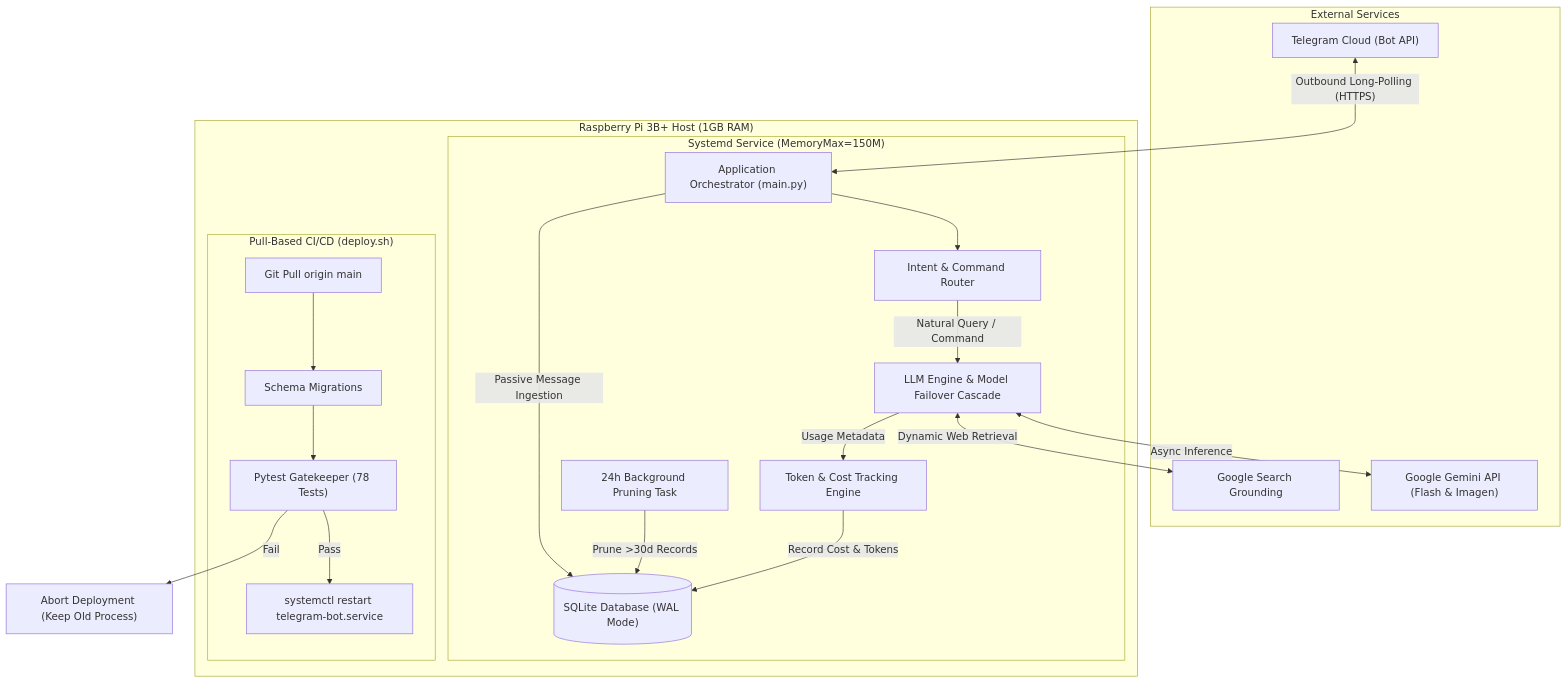
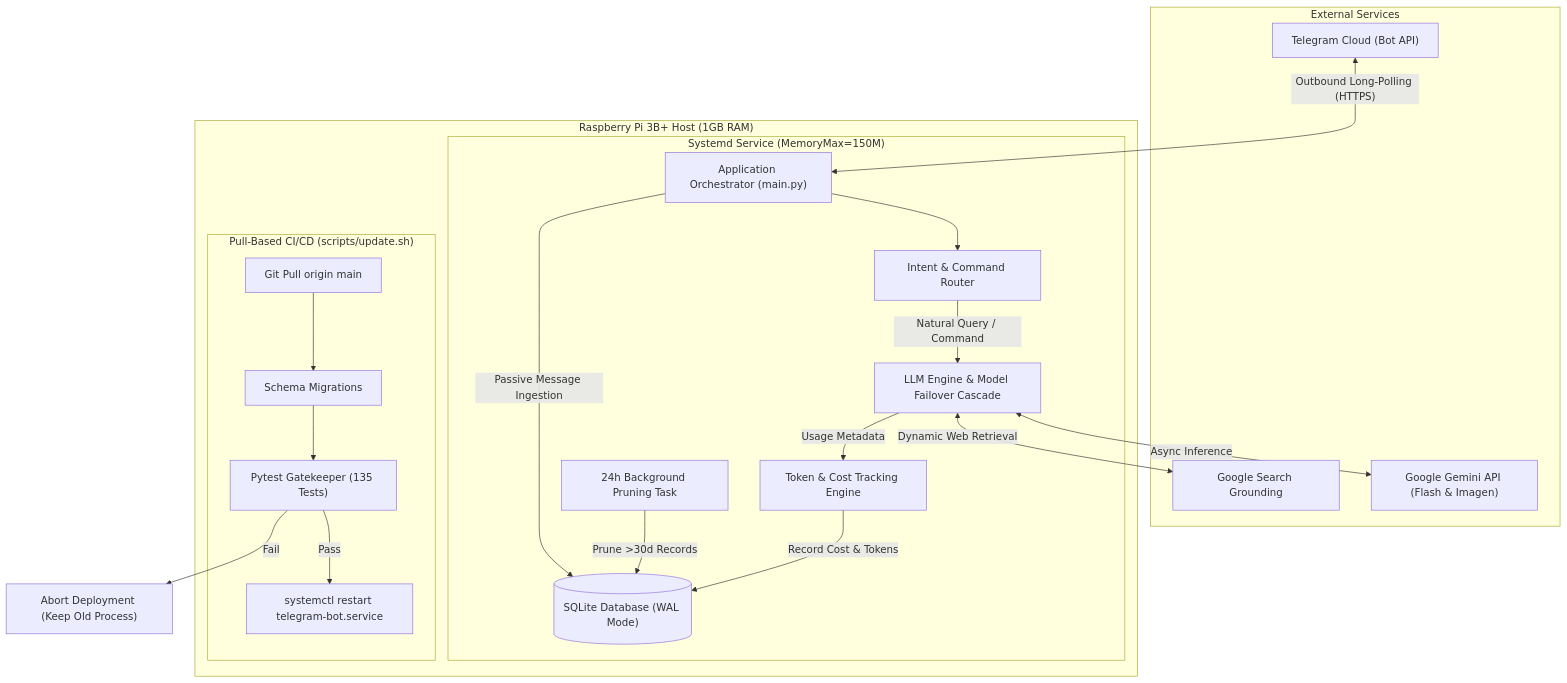
The first of 2 diagrams in README.md (TheLogDuck/pi-telegram-chat-bot), drawn with Mermaid before and after one commit. The commit also changed other lines of this file and 2 other files, not shown here.

Commit message:
ci: relocate deployment pipeline to scripts/update.sh and scripts/deploy.sh

````diff
--- a/README.md
+++ b/README.md
@@ -34,40 +34,40 @@
 ```mermaid
 flowchart TD
     subgraph External ["External Services"]
         TG["Telegram Cloud (Bot API)"]
         GEMINI["Google Gemini API (Flash & Imagen)"]
         GSEARCH["Google Search Grounding"]
     end
 
     subgraph EdgeDevice ["Raspberry Pi 3B+ Host (1GB RAM)"]
         subgraph SystemdUnit ["Systemd Service (MemoryMax=150M)"]
             APP["Application Orchestrator (main.py)"]
             ROUTER["Intent & Command Router"]
             LLM_ENGINE["LLM Engine & Model Failover Cascade"]
             TELEMETRY["Token & Cost Tracking Engine"]
             DB_ENGINE[("SQLite Database (WAL Mode)")]
             CLEANUP["24h Background Pruning Task"]
         end
 
-        subgraph CICD ["Pull-Based CI/CD (deploy.sh)"]
+        subgraph CICD ["Pull-Based CI/CD (scripts/update.sh)"]
             GIT["Git Pull origin main"]
             MIGRATE["Schema Migrations"]
-            PYTEST["Pytest Gatekeeper (78 Tests)"]
+            PYTEST["Pytest Gatekeeper (135 Tests)"]
             RELOAD["systemctl restart telegram-bot.service"]
         end
     end
 
     TG <-->|"Outbound Long-Polling (HTTPS)"| APP
     APP --> ROUTER
     ROUTER -->|"Natural Query / Command"| LLM_ENGINE
     LLM_ENGINE <-->|"Async Inference"| GEMINI
     LLM_ENGINE <-->|"Dynamic Web Retrieval"| GSEARCH
     LLM_ENGINE -->|"Usage Metadata"| TELEMETRY
     TELEMETRY -->|"Record Cost & Tokens"| DB_ENGINE
     APP -->|"Passive Message Ingestion"| DB_ENGINE
     CLEANUP -->|"Prune >30d Records"| DB_ENGINE
 
     GIT --> MIGRATE --> PYTEST
     PYTEST -->|"Pass"| RELOAD
     PYTEST -->|"Fail"| ABORT["Abort Deployment (Keep Old Process)"]
 ```
````
